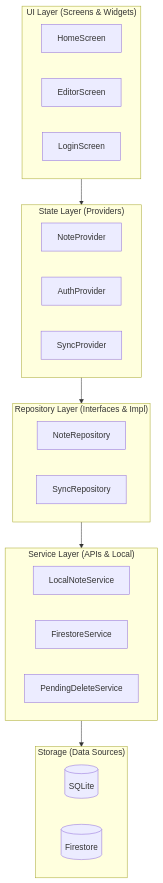
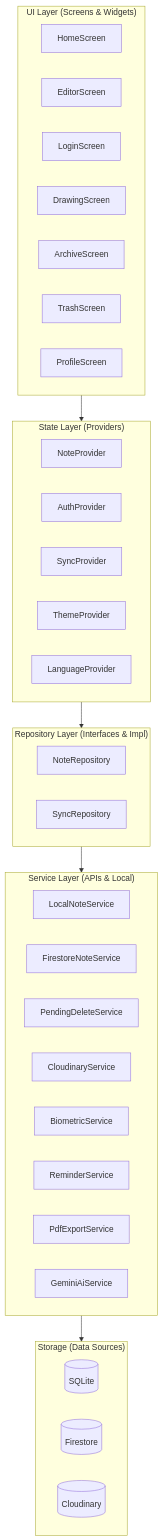
Before and after one commit to PVM-05/Smart-Note-App: the first of 3 diagrams in README.md, drawn with Mermaid. The commit also changed other lines of this file and 5 other files, not shown here.

````diff
--- a/README.md
+++ b/README.md
@@ -45,35 +52,47 @@
 ```mermaid
 flowchart TB
     subgraph UI["UI Layer (Screens & Widgets)"]
         HS[HomeScreen]
         ES[EditorScreen]
         LS[LoginScreen]
+        DS[DrawingScreen]
+        AS[ArchiveScreen]
+        TS[TrashScreen]
+        PS[ProfileScreen]
     end
 
     subgraph STATE["State Layer (Providers)"]
         NP[NoteProvider]
         AP[AuthProvider]
         SP[SyncProvider]
+        TP[ThemeProvider]
+        LP[LanguageProvider]
     end
 
     subgraph REPO["Repository Layer (Interfaces & Impl)"]
         NR[NoteRepository]
         SR[SyncRepository]
     end
 
     subgraph SERVICE["Service Layer (APIs & Local)"]
         LNS[LocalNoteService]
-        FTS[FirestoreService]
+        FNS[FirestoreNoteService]
         PDS[PendingDeleteService]
+        CLS[CloudinaryService]
+        BMS[BiometricService]
+        RMS[ReminderService]
+        PES[PdfExportService]
+        GAS[GeminiAiService]
     end
 
     subgraph STORAGE["Storage (Data Sources)"]
         SQ[(SQLite)]
         FB[(Firestore)]
+        CD[(Cloudinary)]
     end
 
     UI --> STATE
     STATE --> REPO
     REPO --> SERVICE
     SERVICE --> STORAGE
 ```
````
